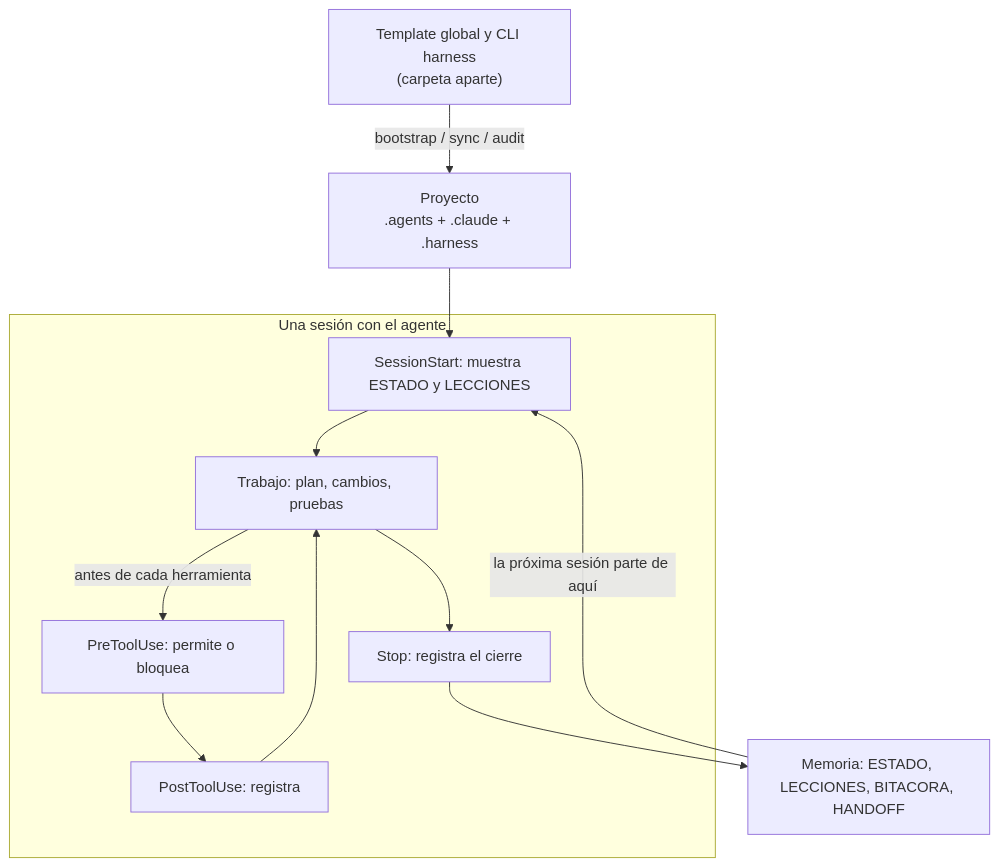
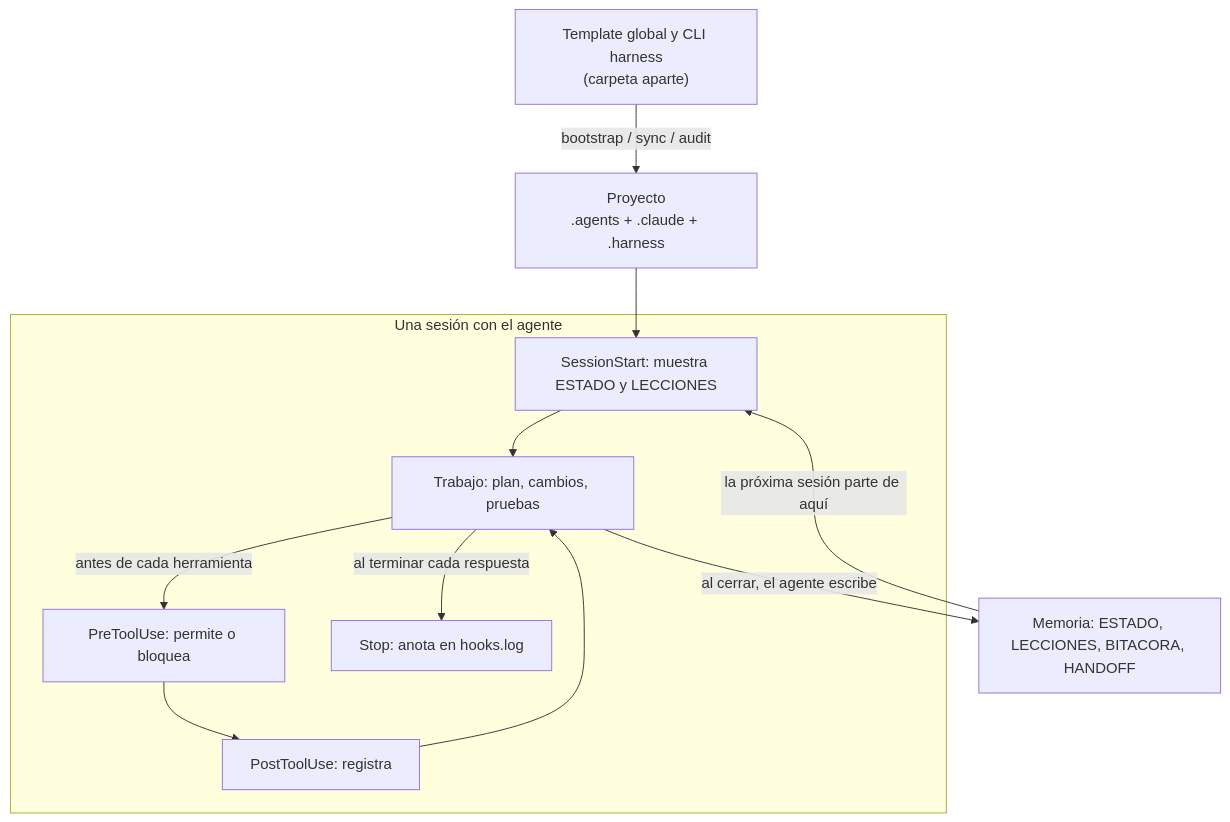
The diagram in README.md (luisdoxie/sistema-reservas-eventos-agentes), drawn with Mermaid before and after one commit. The commit also changed other lines of this file and 13 other files, not shown here.

````diff
--- a/README.md
+++ b/README.md
@@ -74,14 +74,14 @@
 ```mermaid
 flowchart TD
   T["Template global y CLI harness<br/>(carpeta aparte)"] -->|"bootstrap / sync / audit"| P["Proyecto<br/>.agents + .claude + .harness"]
   P --> S1
   subgraph Sesion["Una sesión con el agente"]
     S1["SessionStart: muestra ESTADO y LECCIONES"] --> S2["Trabajo: plan, cambios, pruebas"]
     S2 -->|"antes de cada herramienta"| S3["PreToolUse: permite o bloquea"]
     S3 --> S4["PostToolUse: registra"]
     S4 --> S2
-    S2 --> S5["Stop: registra el cierre"]
+    S2 -->|"al terminar cada respuesta"| S5["Stop: anota en hooks.log"]
   end
-  S5 --> M["Memoria: ESTADO, LECCIONES, BITACORA, HANDOFF"]
+  S2 -->|"al cerrar, el agente escribe"| M["Memoria: ESTADO, LECCIONES, BITACORA, HANDOFF"]
   M -->|"la próxima sesión parte de aquí"| S1
 ```
````
